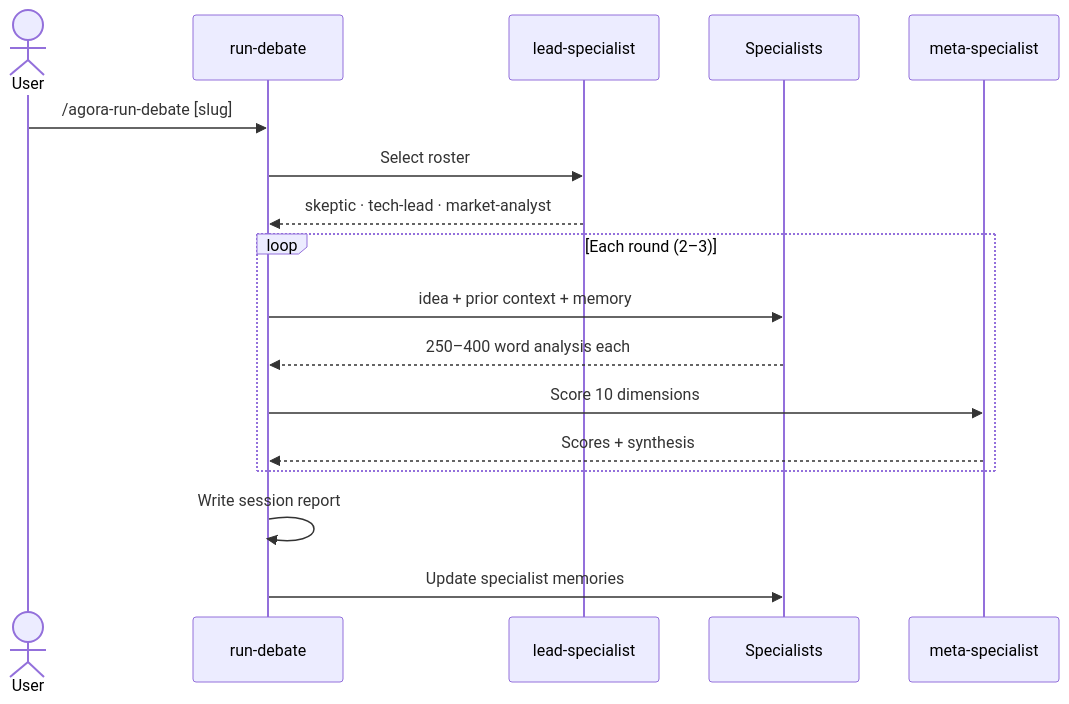
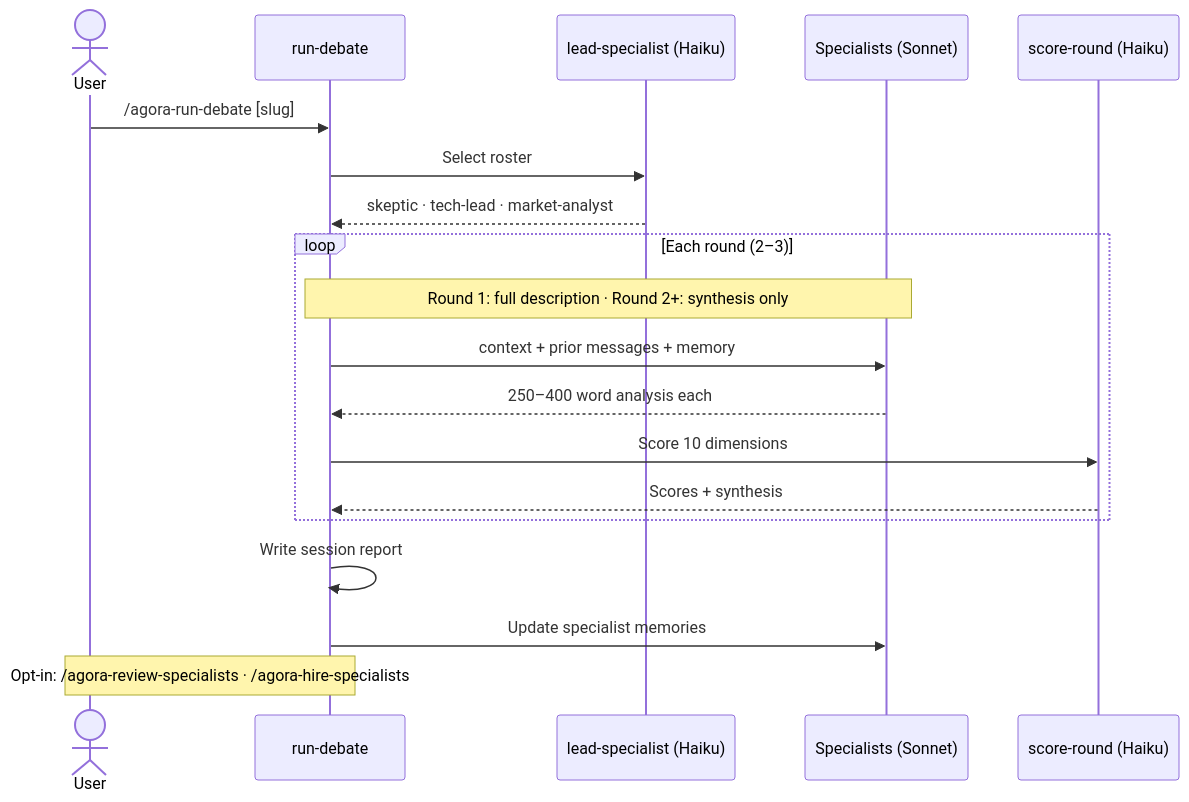
Before and after one commit to aryan-curiel/agora: the first of 3 diagrams in docs/presentation/slides.md, drawn with Mermaid. The commit also changed other lines of this file and 7 other files, not shown here.

First line of the commit message:
Update docs and diagrams to reflect cost optimization changes

````diff
--- a/docs/presentation/slides.md
+++ b/docs/presentation/slides.md
@@ -218,22 +218,24 @@
 ```mermaid
 sequenceDiagram
     actor User
     participant RD as run-debate
-    participant LA as lead-specialist
-    participant SA as Specialists
-    participant MA as meta-specialist
+    participant LA as lead-specialist (Haiku)
+    participant SA as Specialists (Sonnet)
+    participant SR as score-round (Haiku)
 
     User->>RD: /agora-run-debate [slug]
     RD->>LA: Select roster
     LA-->>RD: skeptic · tech-lead · market-analyst
 
     loop Each round (2–3)
-        RD->>SA: idea + prior context + memory
+        Note over RD,SA: Round 1: full description · Round 2+: synthesis only
+        RD->>SA: context + prior messages + memory
         SA-->>RD: 250–400 word analysis each
-        RD->>MA: Score 10 dimensions
-        MA-->>RD: Scores + synthesis
+        RD->>SR: Score 10 dimensions
+        SR-->>RD: Scores + synthesis
     end
 
     RD->>RD: Write session report
     RD->>SA: Update specialist memories
+    Note over RD,User: Opt-in: /agora-review-specialists · /agora-hire-specialists
 ```
````
